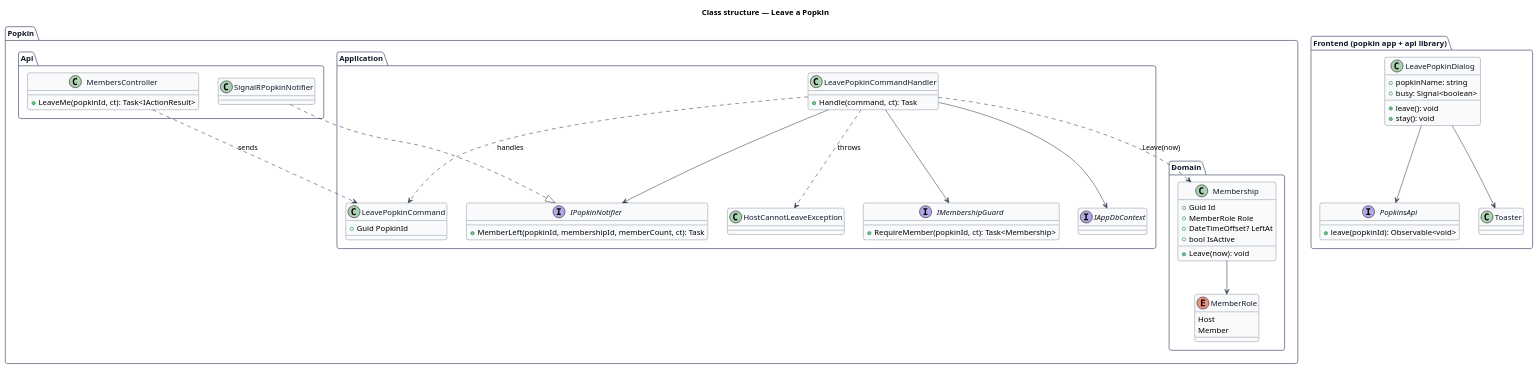
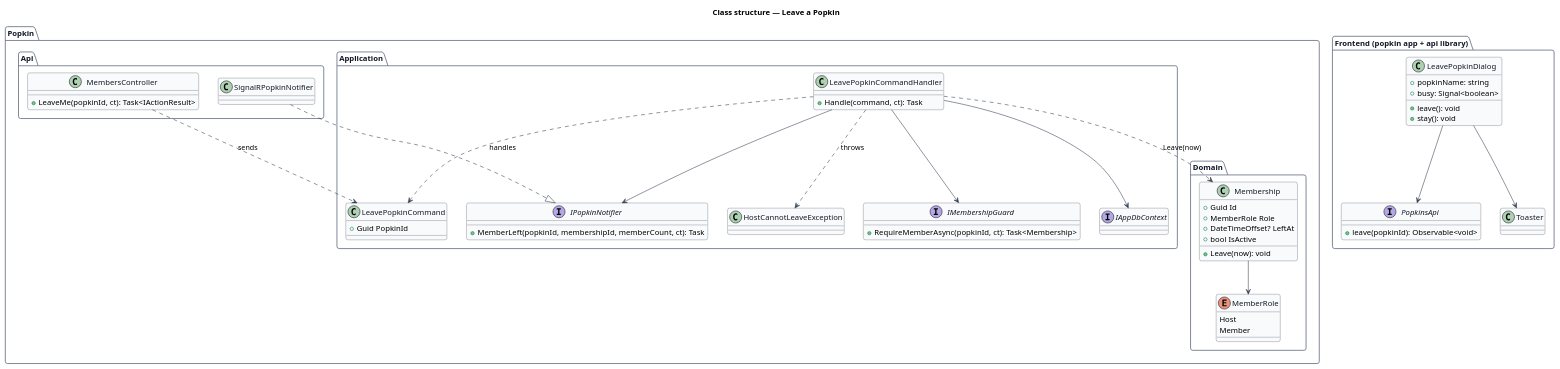
The diagram in docs/detailed-designs/popkins/leave-popkin/diagrams/class-structure.puml (QuinntyneBrown/popkin), drawn with PlantUML before and after one commit. The commit also changed 46 other files, not shown here.

```diff
--- a/docs/detailed-designs/popkins/leave-popkin/diagrams/class-structure.puml
+++ b/docs/detailed-designs/popkins/leave-popkin/diagrams/class-structure.puml
@@ -1,79 +1,79 @@
 @startuml
 ' --- shared skin header ---
 skinparam backgroundColor #FFFFFF
 skinparam shadowing false
 skinparam roundcorner 8
 skinparam defaultFontName Arial
 skinparam ArrowColor #344054
 skinparam class {
   BorderColor #344054
   FontColor #101828
   BackgroundColor #F9FAFB
 }
 skinparam package {
   BorderColor #667085
   FontColor #101828
   BackgroundColor #FFFFFF
 }
 ' --------------------------
 title Class structure — Leave a Popkin
 
 package "Popkin.Domain" {
   class Membership {
     +Guid Id
     +MemberRole Role
     +DateTimeOffset? LeftAt
     +bool IsActive
     +Leave(now): void
   }
   enum MemberRole {
     Host
     Member
   }
 }
 package "Popkin.Application" {
   class LeavePopkinCommand {
     +Guid PopkinId
   }
   class LeavePopkinCommandHandler {
     +Handle(command, ct): Task
   }
   class HostCannotLeaveException
   interface IMembershipGuard {
-    +RequireMember(popkinId, ct): Task<Membership>
+    +RequireMemberAsync(popkinId, ct): Task<Membership>
   }
   interface IPopkinNotifier {
     +MemberLeft(popkinId, membershipId, memberCount, ct): Task
   }
   interface IAppDbContext
 }
 package "Popkin.Api" {
   class MembersController {
     +LeaveMe(popkinId, ct): Task<IActionResult>
   }
   class SignalRPopkinNotifier
 }
 package "Frontend (popkin app + api library)" {
   class LeavePopkinDialog {
     +popkinName: string
     +busy: Signal<boolean>
     +leave(): void
     +stay(): void
   }
   interface PopkinsApi {
     +leave(popkinId): Observable<void>
   }
   class Toaster
 }
 Membership --> MemberRole
 MembersController ..> LeavePopkinCommand : sends
 LeavePopkinCommandHandler ..> LeavePopkinCommand : handles
 LeavePopkinCommandHandler --> IMembershipGuard
 LeavePopkinCommandHandler --> IPopkinNotifier
 LeavePopkinCommandHandler --> IAppDbContext
 LeavePopkinCommandHandler ..> Membership : Leave(now)
 LeavePopkinCommandHandler ..> HostCannotLeaveException : throws
 SignalRPopkinNotifier ..|> IPopkinNotifier
 LeavePopkinDialog --> PopkinsApi
 LeavePopkinDialog --> Toaster
 @enduml
```
